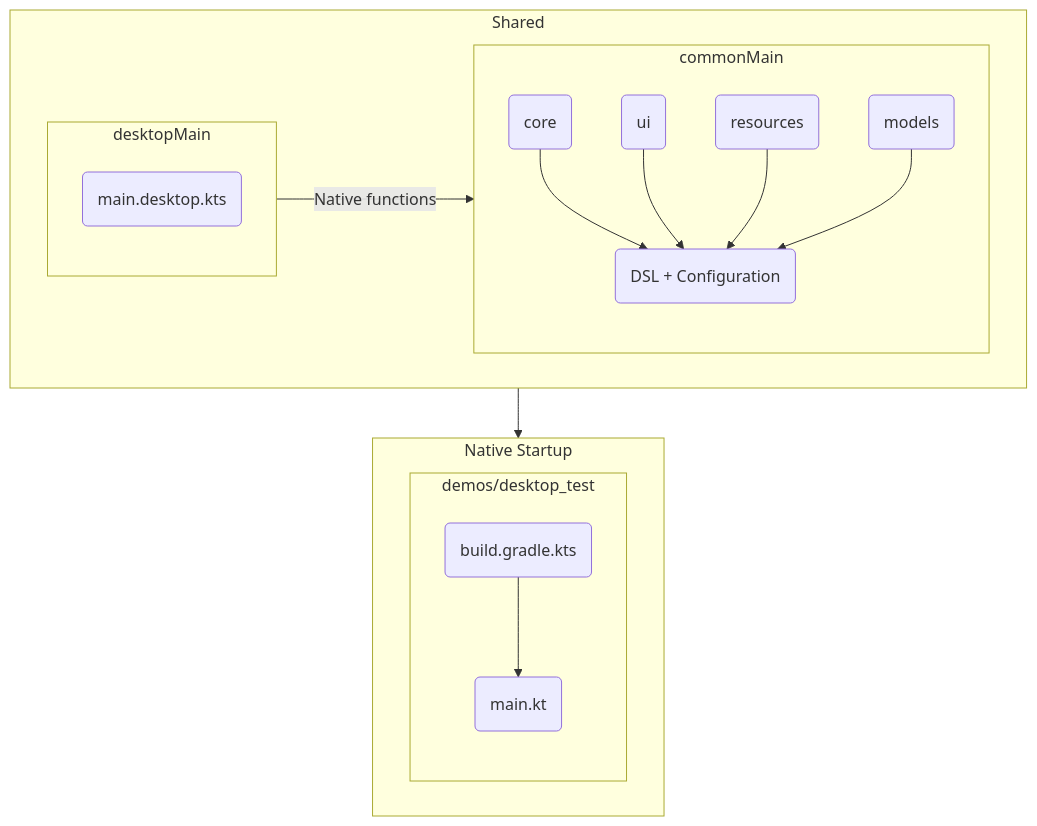
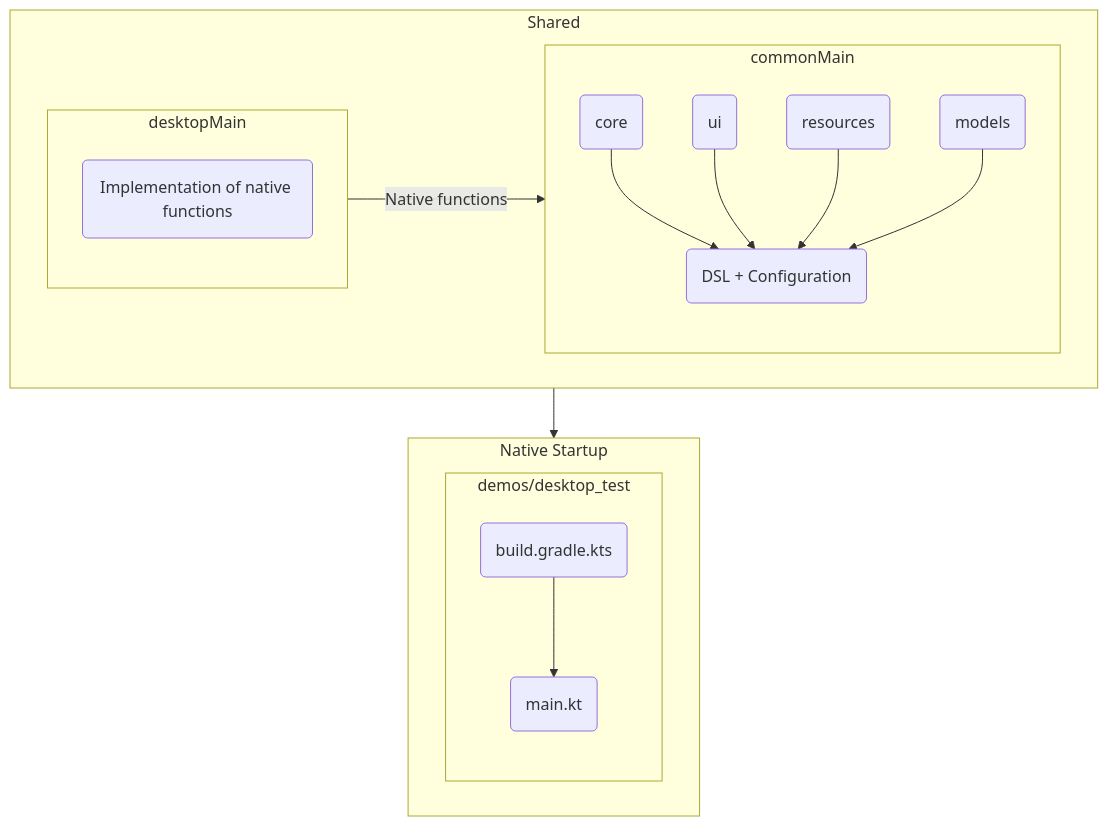
The first of 2 diagrams in README.md (Leftbrained-Inc/multimark), drawn with Mermaid before and after one commit.

````diff
--- a/README.md
+++ b/README.md
@@ -21,31 +21,31 @@
 ```mermaid
 graph TD
     subgraph startup["Native Startup"]
         subgraph desktopApp["demos/desktop_test"]
         fileA("build.gradle.kts")
         fileB("main.kt")
         fileA --> fileB
         end
     end
 
     subgraph Shared
         subgraph common["commonMain"]
         folderD("core")
         folderE("ui")
         folderF("resources")
         folderG("models")
         dsl("DSL + Configuration")
         folderD --> dsl
         folderE --> dsl
         folderF --> dsl
         folderG --> dsl
         end
 
         subgraph desktop["desktopMain"]
-            mainDesktop("main.desktop.kts")
+            mainDesktop("Implementation of native functions")
         end
         desktop -->|Native functions| common 
     end
 
     Shared --> startup
 ```
````
